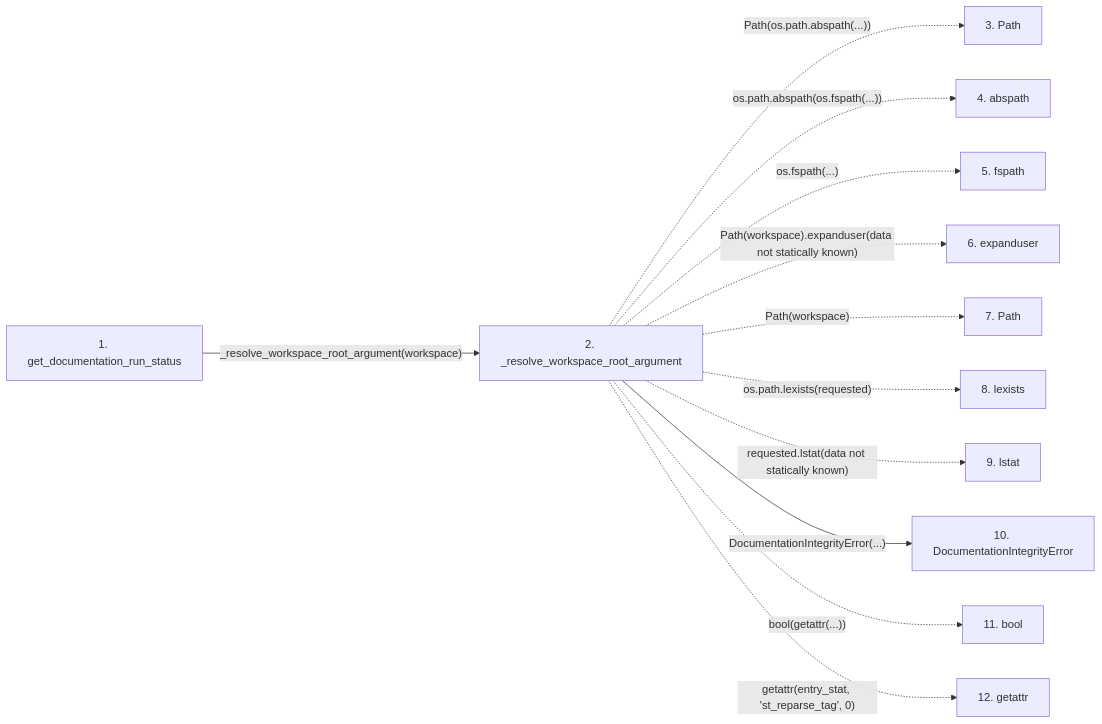
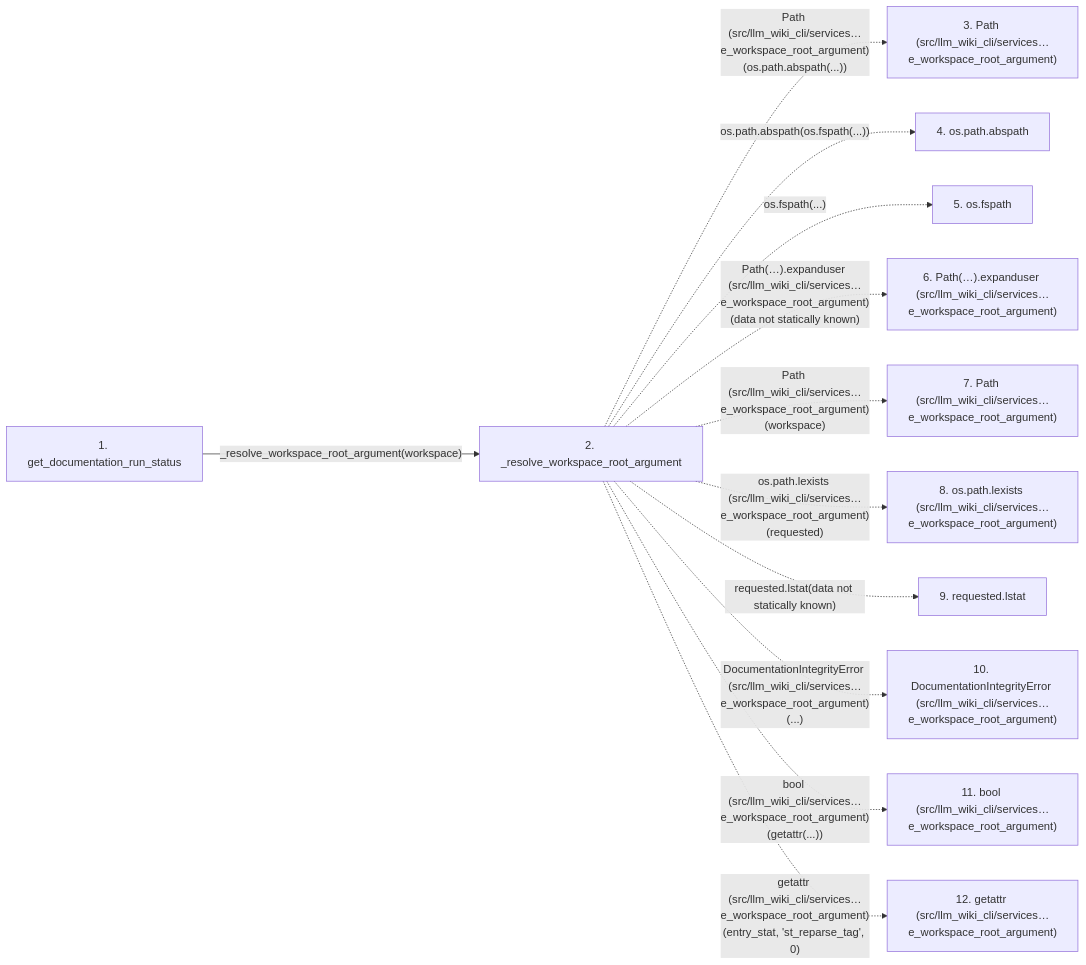
One commit to Denissvgn/python-wiki-llm changed the second of 2 diagrams in docs/llm_wiki/flows/api-get_documentation_run_status.md. Above: the diagram before and after it, drawn with Mermaid. The commit also changed other lines of this file and 719 other files, not shown here.

````diff
--- a/docs/llm_wiki/flows/api-get_documentation_run_status.md
+++ b/docs/llm_wiki/flows/api-get_documentation_run_status.md
@@ -75,29 +71,28 @@
 ```mermaid
 flowchart LR
     s1["1. get_documentation_run_status"]
     s2["2. _resolve_workspace_root_argument"]
-    s3["3. Path"]
-    s4["4. abspath"]
-    s5["5. fspath"]
-    s6["6. expanduser"]
-    s7["7. Path"]
-    s8["8. lexists"]
-    s9["9. lstat"]
-    s10["10. DocumentationIntegrityError"]
-    s11["11. bool"]
-    s12["12. getattr"]
+    s3["3. Path (src/llm_wiki_cli/services…e_workspace_root_argument)"]
+    s4["4. os.path.abspath"]
+    s5["5. os.fspath"]
+    s6["6. Path(…).expanduser (src/llm_wiki_cli/services…e_workspace_root_argument)"]
+    s7["7. Path (src/llm_wiki_cli/services…e_workspace_root_argument)"]
+    s8["8. os.path.lexists (src/llm_wiki_cli/services…e_workspace_root_argument)"]
+    s9["9. requested.lstat"]
+    s10["10. DocumentationIntegrityError (src/llm_wiki_cli/services…e_workspace_root_argument)"]
+    s11["11. bool (src/llm_wiki_cli/services…e_workspace_root_argument)"]
+    s12["12. getattr (src/llm_wiki_cli/services…e_workspace_root_argument)"]
     s1 -->|"_resolve_workspace_root_argument(workspace)"| s2
-    s2 -. "Path(os.path.abspath(...))" .-> s3
+    s2 -. "Path (src/llm_wiki_cli/services…e_workspace_root_argument)(os.path.abspath(...))" .-> s3
     s2 -. "os.path.abspath(os.fspath(...))" .-> s4
     s2 -. "os.fspath(...)" .-> s5
-    s2 -. "Path(workspace).expanduser(data not statically known)" .-> s6
-    s2 -. "Path(workspace)" .-> s7
-    s2 -. "os.path.lexists(requested)" .-> s8
+    s2 -. "Path(…).expanduser (src/llm_wiki_cli/services…e_workspace_root_argument)(data not statically known)" .-> s6
+    s2 -. "Path (src/llm_wiki_cli/services…e_workspace_root_argument)(workspace)" .-> s7
+    s2 -. "os.path.lexists (src/llm_wiki_cli/services…e_workspace_root_argument)(requested)" .-> s8
     s2 -. "requested.lstat(data not statically known)" .-> s9
-    s2 -->|"DocumentationIntegrityError(...)"| s10
-    s2 -. "bool(getattr(...))" .-> s11
-    s2 -. "getattr(entry_stat, 'st_reparse_tag', 0)" .-> s12
+    s2 -. "DocumentationIntegrityError (src/llm_wiki_cli/services…e_workspace_root_argument)(...)" .-> s10
+    s2 -. "bool (src/llm_wiki_cli/services…e_workspace_root_argument)(getattr(...))" .-> s11
+    s2 -. "getattr (src/llm_wiki_cli/services…e_workspace_root_argument)(entry_stat, 'st_reparse_tag', 0)" .-> s12
     click s1 "../modules/workspace.md"
     click s2 "../modules/workspace.md"
-    click s10 "../modules/documentation_run_contracts.md"
 ```
````
